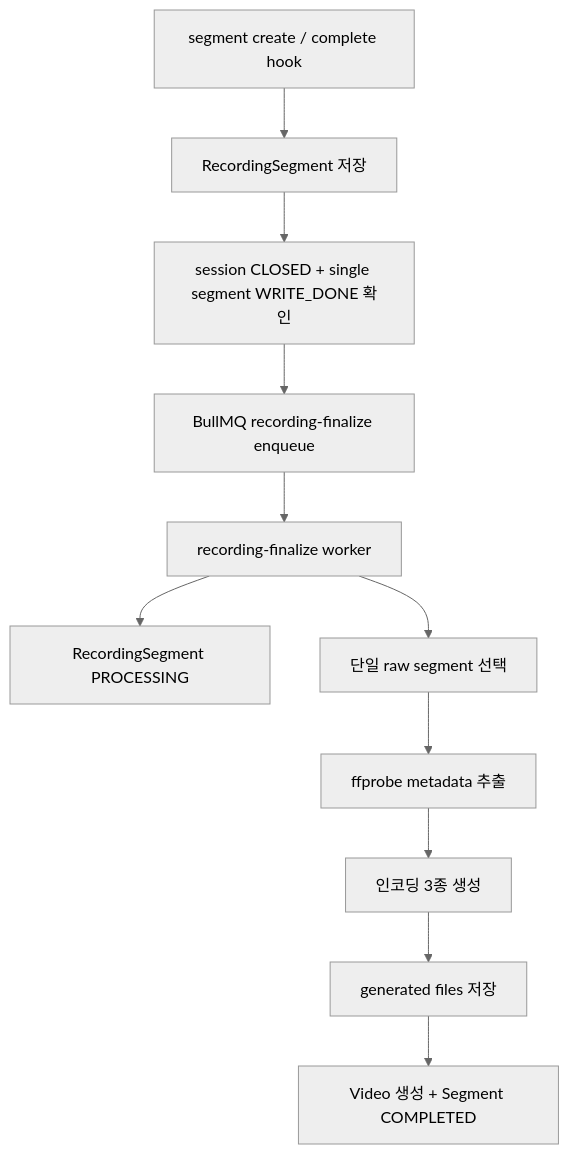
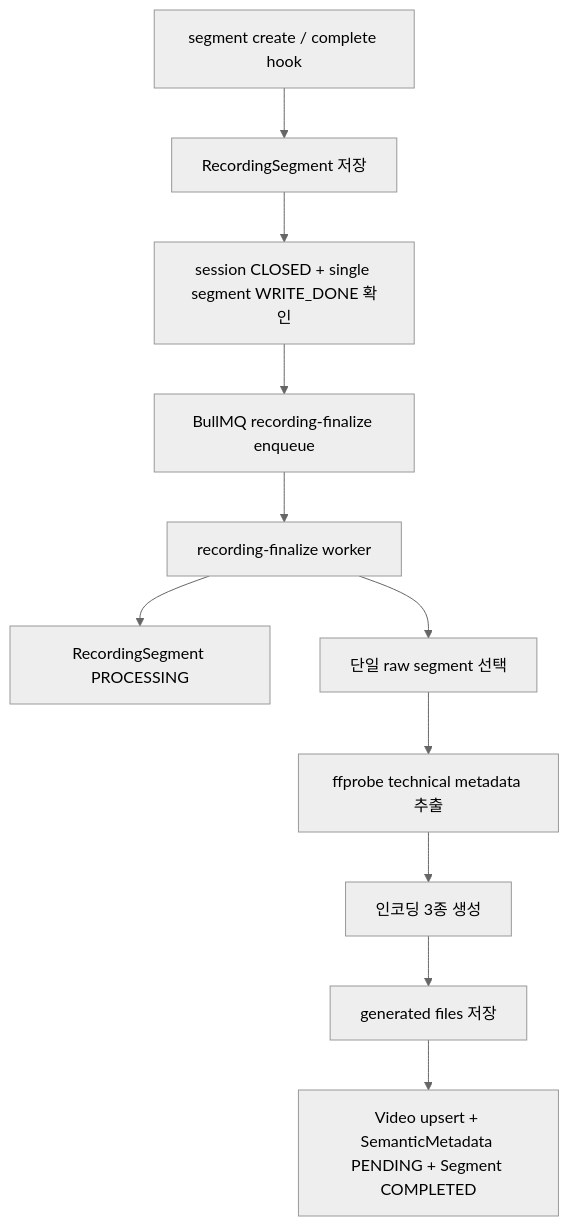
Before and after one commit to ego-flow/ego-flow-server: the first of 2 diagrams in docs/10. project_processing.md, drawn with Mermaid (neutral theme). The commit also changed other lines of this file and 11 other files, not shown here.

Commit message:
[Backend] Video semantic metadata 분리

````diff
--- a/docs/10. project_processing.md
+++ b/docs/10. project_processing.md
@@ -9,13 +9,13 @@
 ```mermaid
 flowchart TD
     Hook["segment create / complete hook"] --> Segment["RecordingSegment 저장"]
     Segment --> Check["session CLOSED + single segment WRITE_DONE 확인"]
     Check --> Queue["BullMQ recording-finalize enqueue"]
     Queue --> Worker["recording-finalize worker"]
     Worker --> Claim["RecordingSegment PROCESSING"]
     Worker --> Merge["단일 raw segment 선택"]
-    Merge --> Metadata["ffprobe metadata 추출"]
+    Merge --> Metadata["ffprobe technical metadata 추출"]
     Metadata --> Encode["인코딩 3종 생성"]
     Encode --> Files["generated files 저장"]
-    Files --> DB["Video 생성 + Segment COMPLETED"]
+    Files --> DB["Video upsert + SemanticMetadata PENDING + Segment COMPLETED"]
 ```
````
